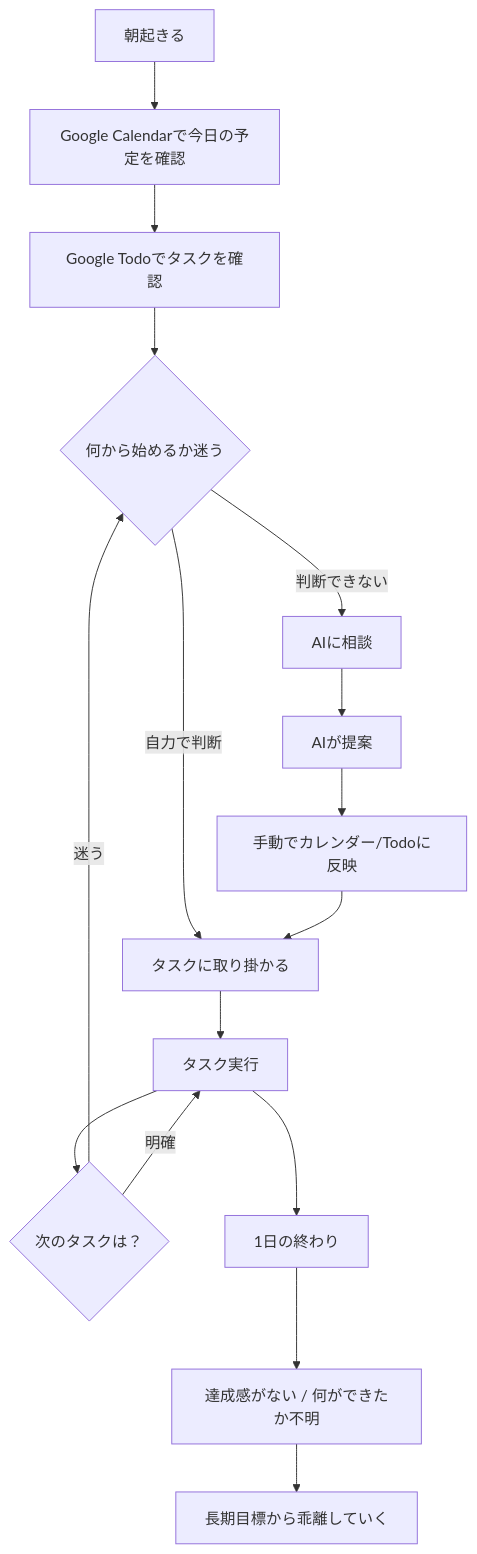
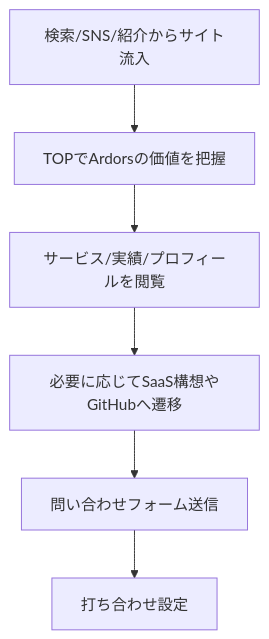
Before and after one commit to YU-Kawasaki-05/Ardors-website: the second of 2 diagrams in docs/01_要件定義/01_業務理解_business-understanding.md, drawn with Mermaid. The commit also changed other lines of this file and 28 other files, not shown here.

````diff
--- a/docs/01_要件定義/01_業務理解_business-understanding.md
+++ b/docs/01_要件定義/01_業務理解_business-understanding.md
@@ -199,18 +65,8 @@
 ```mermaid
 flowchart TD
-    A[朝起きる] --> B[Google Calendarで今日の予定を確認]
-    B --> C[Google Todoでタスクを確認]
-    C --> D{何から始めるか迷う}
-    D -->|自力で判断| E[タスクに取り掛かる]
-    D -->|判断できない| F[AIに相談]
-    F --> G[AIが提案]
-    G --> H[手動でカレンダー/Todoに反映]
-    H --> E
-    E --> I[タスク実行]
-    I --> J{次のタスクは？}
-    J -->|迷う| D
-    J -->|明確| I
-    I --> K[1日の終わり]
-    K --> L[達成感がない / 何ができたか不明]
-    L --> M[長期目標から乖離していく]
+    A[検索/SNS/紹介からサイト流入] --> B[TOPでArdorsの価値を把握]
+    B --> C[サービス/実績/プロフィールを閲覧]
+    C --> D[必要に応じてSaaS構想やGitHubへ遷移]
+    D --> E[問い合わせフォーム送信]
+    E --> F[打ち合わせ設定]
 ```
````
